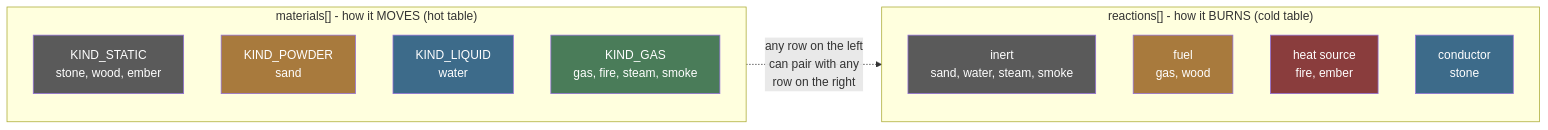
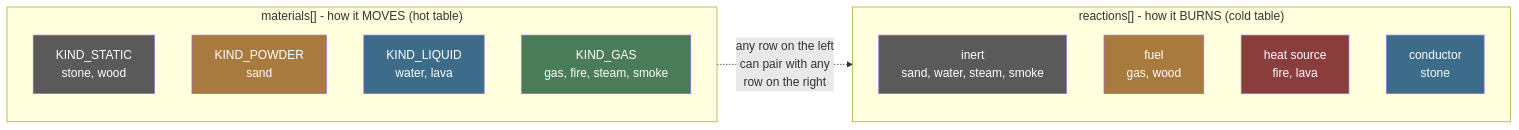
One commit to jose-villegas/esp32-c6-dev changed the first of 7 diagrams in docs/Sand/Adding-a-Material.md. Above: the diagram before and after it, drawn with Mermaid. The commit also changed other lines of this file and 3 other files, not shown here.

````diff
--- a/docs/Sand/Adding-a-Material.md
+++ b/docs/Sand/Adding-a-Material.md
@@ -22,29 +22,29 @@
 ```mermaid
 flowchart LR
     subgraph MOVE["materials[] - how it MOVES (hot table)"]
         direction TB
-        M1["KIND_STATIC\nstone, wood, ember"]
+        M1["KIND_STATIC\nstone, wood"]
         M2["KIND_POWDER\nsand"]
-        M3["KIND_LIQUID\nwater"]
+        M3["KIND_LIQUID\nwater, lava"]
         M4["KIND_GAS\ngas, fire, steam, smoke"]
     end
 
     subgraph REACT["reactions[] - how it BURNS (cold table)"]
         direction TB
         R1["inert\nsand, water, steam, smoke"]
         R2["fuel\ngas, wood"]
-        R3["heat source\nfire, ember"]
+        R3["heat source\nfire, lava"]
         R4["conductor\nstone"]
     end
 
     MOVE -.->|"any row on the left\ncan pair with any\nrow on the right"| REACT
 
     style M1 fill:#5a5a5a,color:#fff
     style M2 fill:#a87a3d,color:#fff
     style M3 fill:#3d6b8a,color:#fff
     style M4 fill:#4a7c59,color:#fff
     style R1 fill:#5a5a5a,color:#fff
     style R2 fill:#a87a3d,color:#fff
     style R3 fill:#8a3d3d,color:#fff
     style R4 fill:#3d6b8a,color:#fff
 ```
````
